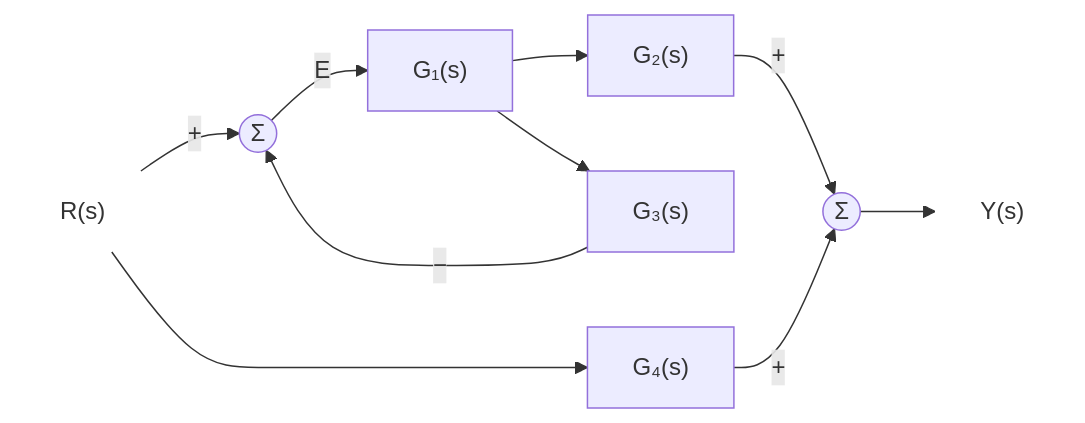
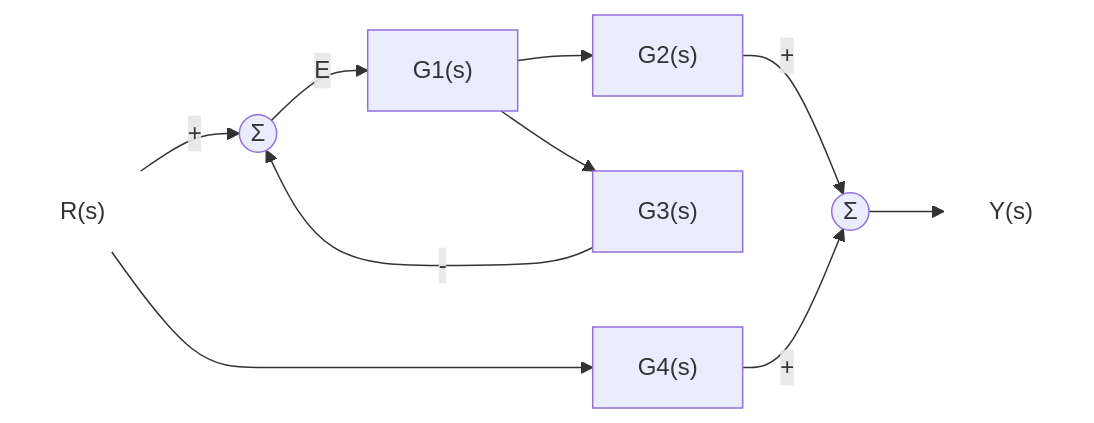
Before and after one commit to Choroning/25Fall_Neural-Network-Control-Systems: the ninth of 14 diagrams in Lecture-Notes/Week06_Control-System-Modeling-III/Concepts_Lecture.ko.md, drawn with Mermaid. The commit also changed other lines of this file and 25 other files, not shown here.

````diff
--- a/Lecture-Notes/Week06_Control-System-Modeling-III/Concepts_Lecture.ko.md
+++ b/Lecture-Notes/Week06_Control-System-Modeling-III/Concepts_Lecture.ko.md
@@ -309,14 +309,14 @@
 ```mermaid
 flowchart LR
-  R["R(s)"] -->|"+"| S1(("Σ"))
-  R --> G4["G₄(s)"]
-  S1 -->|"E"| G1["G₁(s)"]
-  G1 --> G2["G₂(s)"]
-  G1 --> G3["G₃(s)"]
-  G3 -->|"−"| S1
-  G2 -->|"+"| S2(("Σ"))
-  G4 -->|"+"| S2
+  R["R(s)"] -->|"#43;"| S1(("Σ"))
+  R --> G4["G4(s)"]
+  S1 -->|"E"| G1["G1(s)"]
+  G1 --> G2["G2(s)"]
+  G1 --> G3["G3(s)"]
+  G3 -->|"#45;"| S1
+  G2 -->|"#43;"| S2(("Σ"))
+  G4 -->|"#43;"| S2
   S2 --> Y["Y(s)"]
   classDef sig fill:none,stroke:none;
   class R,Y sig;
 ```
````
